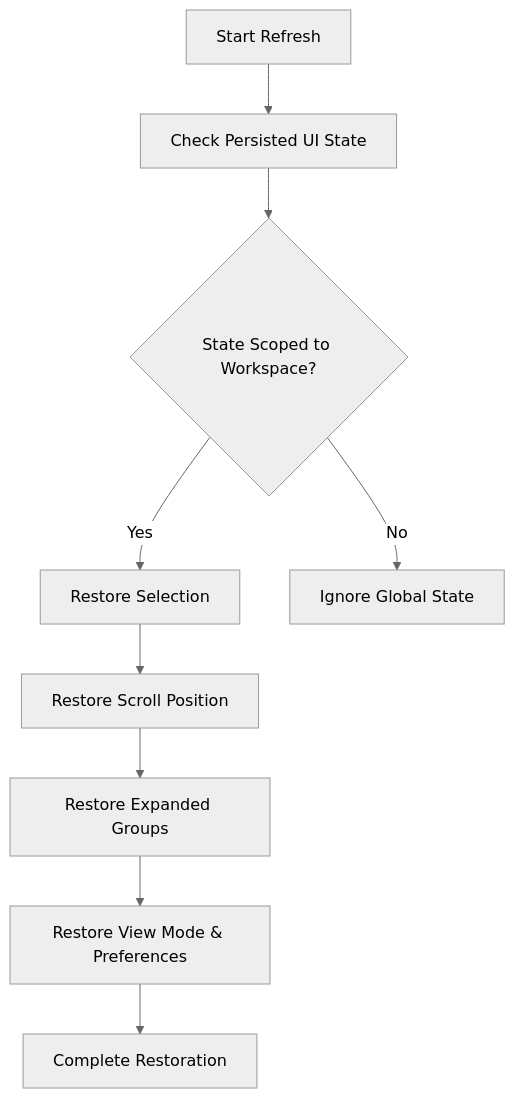
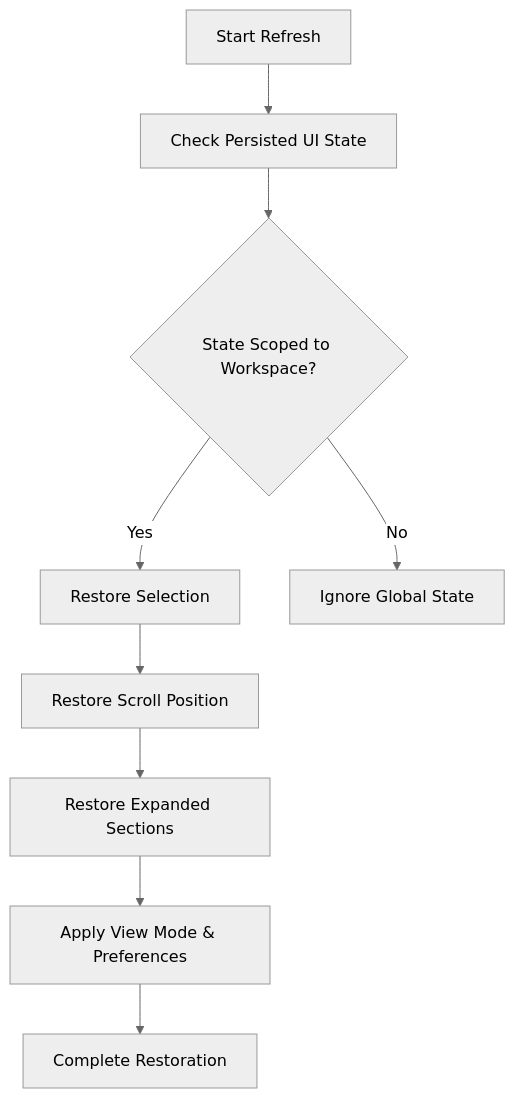
One commit to AlexAgo83/logics-manager changed the diagram in logics/request/req_039_improve_ui_state_persistence_in_the_plugin.md. Above: the diagram before and after it, drawn with Mermaid (neutral theme). The commit also changed 50 other files, not shown here.

````diff
--- a/logics/request/req_039_improve_ui_state_persistence_in_the_plugin.md
+++ b/logics/request/req_039_improve_ui_state_persistence_in_the_plugin.md
@@ -10,13 +10,13 @@
 ```mermaid
 %% logics-kind: request
 %% logics-signature: request|improve-ui-state-persistence-in-the-plug|preserve-more-of-the-users-working|ac1-the-plugin-preserves-a-broader
 flowchart TD
     A[Start Refresh] --> B[Check Persisted UI State]
     B --> C{State Scoped to Workspace?}
     C -- Yes --> D[Restore Selection]
     C -- No --> E[Ignore Global State]
     D --> F[Restore Scroll Position]
-    F --> G[Restore Expanded Groups]
-    G --> H[Restore View Mode & Preferences]
+    F --> G[Restore Expanded Sections]
+    G --> H[Apply View Mode & Preferences]
     H --> I[Complete Restoration]
 ```
````
